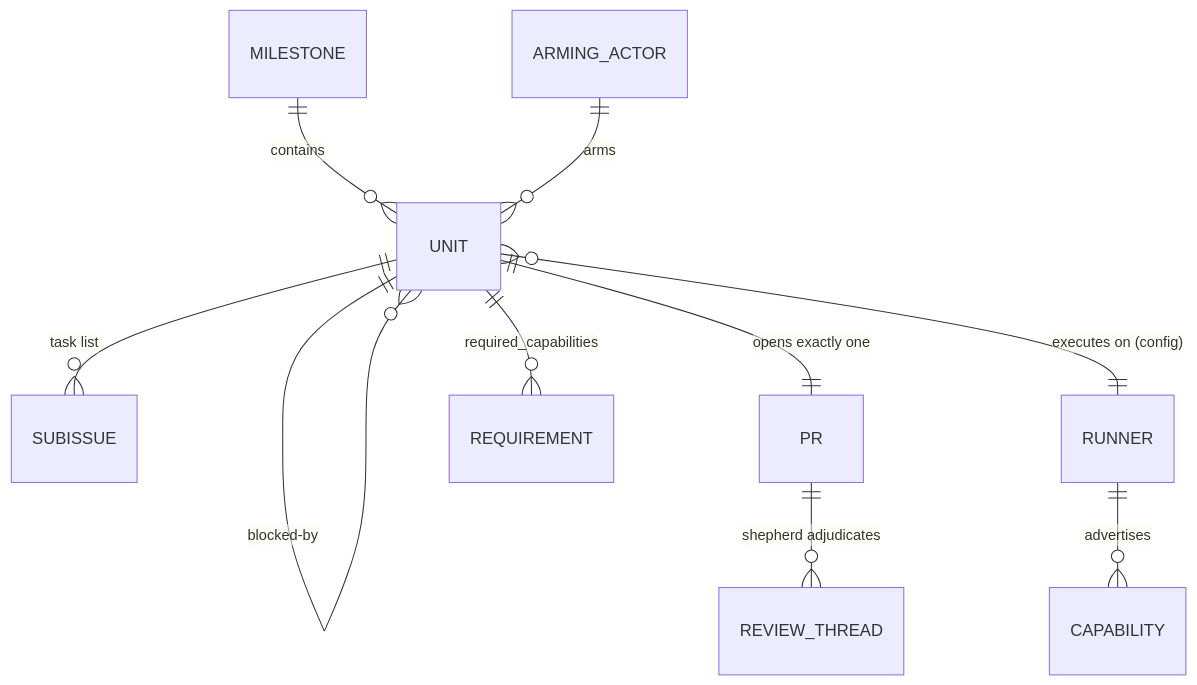
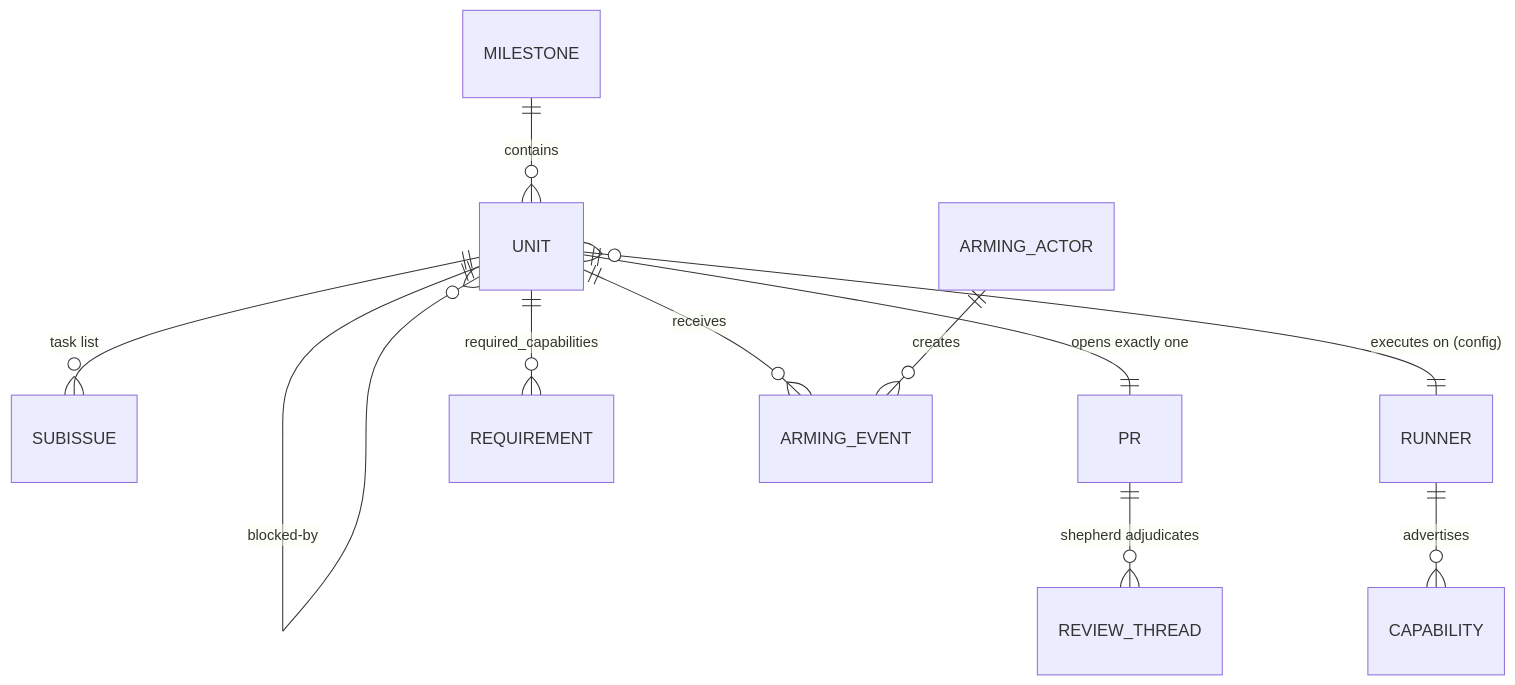
One commit to ponderousdev/foreman changed the first of 2 diagrams in docs/product/domain.md. Above: the diagram before and after it, drawn with Mermaid. The commit also changed other lines of this file and 2 other files, not shown here.

Commit message:
docs: address CodeRabbit on the docs PR
- onboarding + README: route contributor commands through the Taskfile
  (task test / task check / task foreman:*), not raw uv — uv is the
  toolchain underneath and task runs it via uv run --locked, which syncs
  the venv automatically (repo command-contract convention).
- domain.md ER diagram: model arming as an event history
  (UNIT receives many ARMING_EVENTs; an ARMING_ACTOR creates them), not a
  single actor→unit link — the most recent event is authoritative (re-arm
  / TOCTOU).
- domain.md state diagram: give blocked units a documented exit
  (blocked → waiting once a human answers), so blocked work isn't a dead
  end.

Refs #49

````diff
--- a/docs/product/domain.md
+++ b/docs/product/domain.md
@@ -34,12 +34,13 @@
 ```mermaid
 erDiagram
     MILESTONE ||--o{ UNIT : contains
     UNIT ||--o{ SUBISSUE : "task list"
     UNIT ||--o{ UNIT : "blocked-by"
     UNIT ||--|| PR : "opens exactly one"
     UNIT }o--|| RUNNER : "executes on (config)"
     RUNNER ||--o{ CAPABILITY : advertises
     UNIT ||--o{ REQUIREMENT : "required_capabilities"
-    ARMING_ACTOR ||--o{ UNIT : arms
+    UNIT ||--o{ ARMING_EVENT : receives
+    ARMING_ACTOR ||--o{ ARMING_EVENT : creates
     PR ||--o{ REVIEW_THREAD : "shepherd adjudicates"
 ```
````
